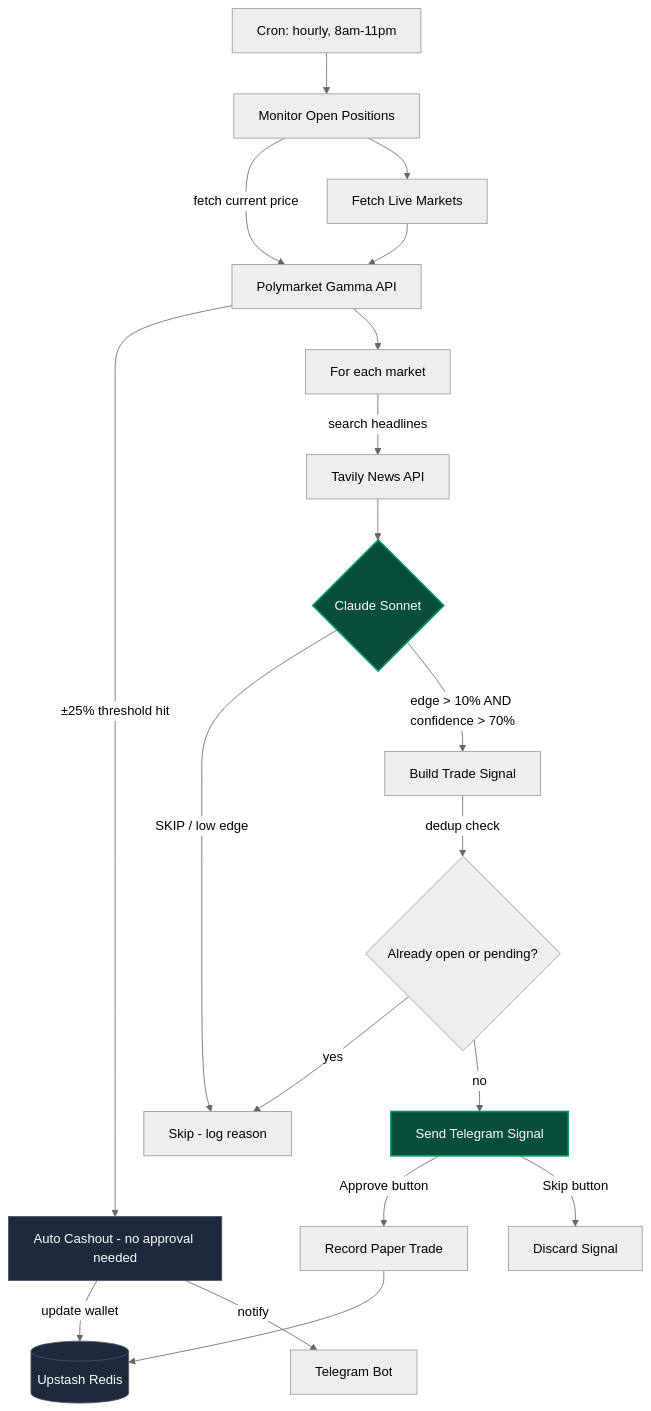
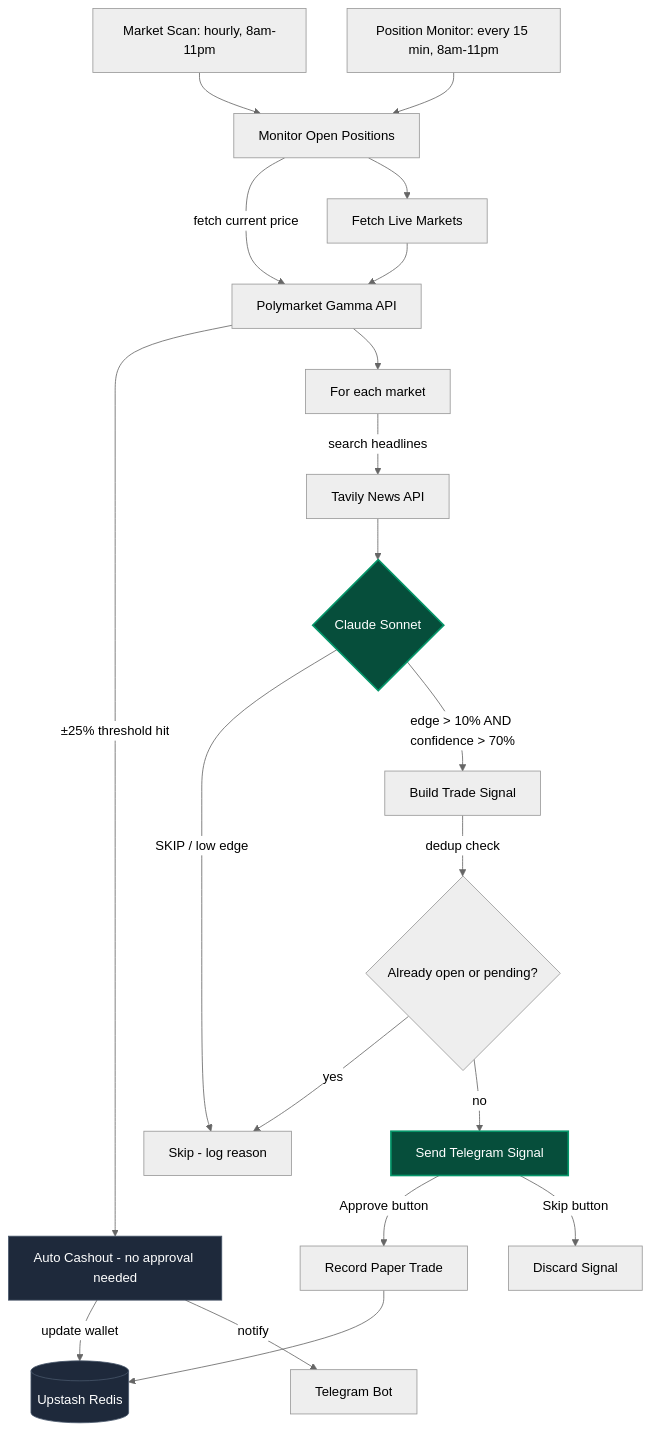
The diagram in README.md (thushanthbengre22-dev/warren-bot-it), drawn with Mermaid (neutral theme) before and after one commit. The commit also changed other lines of this file and 14 other files, not shown here.

Commit message:
Add test suite, fix auto-close bug, split position monitor to 15-min cron, and add live price tracking to dashboard

````diff
--- a/README.md
+++ b/README.md
@@ -11,27 +11,28 @@
 ```mermaid
 graph TD
-    A[Cron: hourly, 8am-11pm] --> B[Monitor Open Positions]
+    A[Market Scan: hourly, 8am-11pm] --> B[Monitor Open Positions]
+    M2[Position Monitor: every 15 min, 8am-11pm] --> B
     B -->|fetch current price| C[Polymarket Gamma API]
     C -->|±25% threshold hit| D[Auto Cashout - no approval needed]
     D -->|update wallet| R[(Upstash Redis)]
     D -->|notify| T[Telegram Bot]
 
     B --> E[Fetch Live Markets]
     E --> C
     C --> F[For each market]
     F -->|search headlines| G[Tavily News API]
     G --> H{Claude Sonnet}
     H -->|SKIP / low edge| I[Skip - log reason]
     H -->|edge > 10% AND confidence > 70%| J[Build Trade Signal]
     J -->|dedup check| K{Already open or pending?}
     K -->|yes| I
     K -->|no| L[Send Telegram Signal]
     L -->|Approve button| M[Record Paper Trade]
     L -->|Skip button| N[Discard Signal]
     M --> R
 
     style H fill:#064e3b,stroke:#059669,stroke-width:2px,color:#fff
     style R fill:#1e293b,stroke:#475569,color:#fff
     style L fill:#064e3b,stroke:#059669,stroke-width:2px,color:#fff
     style D fill:#1e293b,stroke:#475569,color:#fff
 ```
````
